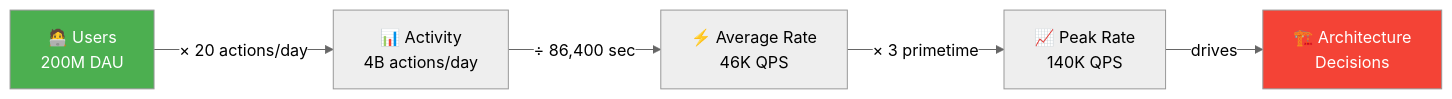
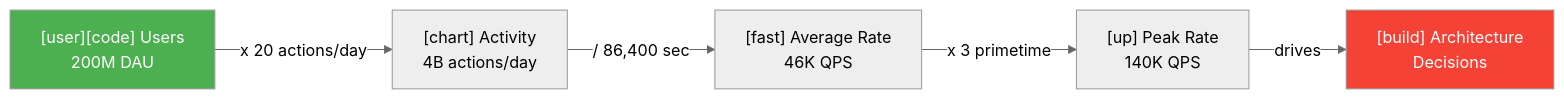
The first of 17 diagrams in Section2/Chapter_16_Phase_3_Scale_Capacity_Planning.md (ranjeetnegi/System-Design-for-Staff-SWE), drawn with Mermaid (neutral theme) before and after one commit. The commit also changed other lines of this file and 20 other files, not shown here.

````diff
--- a/Section2/Chapter_16_Phase_3_Scale_Capacity_Planning.md
+++ b/Section2/Chapter_16_Phase_3_Scale_Capacity_Planning.md
@@ -55,9 +55,9 @@
 ```mermaid
 flowchart LR
-    A["🧑‍💻 Users\n200M DAU"] -->|"× 20 actions/day"| B["📊 Activity\n4B actions/day"]
-    B -->|"÷ 86,400 sec"| C["⚡ Average Rate\n46K QPS"]
-    C -->|"× 3 primetime"| D["📈 Peak Rate\n140K QPS"]
-    D -->|"drives"| E["🏗️ Architecture\nDecisions"]
+    A["[user][code] Users\n200M DAU"] -->|"x 20 actions/day"| B["[chart] Activity\n4B actions/day"]
+    B -->|"/ 86,400 sec"| C["[fast] Average Rate\n46K QPS"]
+    C -->|"x 3 primetime"| D["[up] Peak Rate\n140K QPS"]
+    D -->|"drives"| E["[build] Architecture\nDecisions"]
     style A fill:#4CAF50,color:#fff
     style E fill:#F44336,color:#fff
 ```
````
